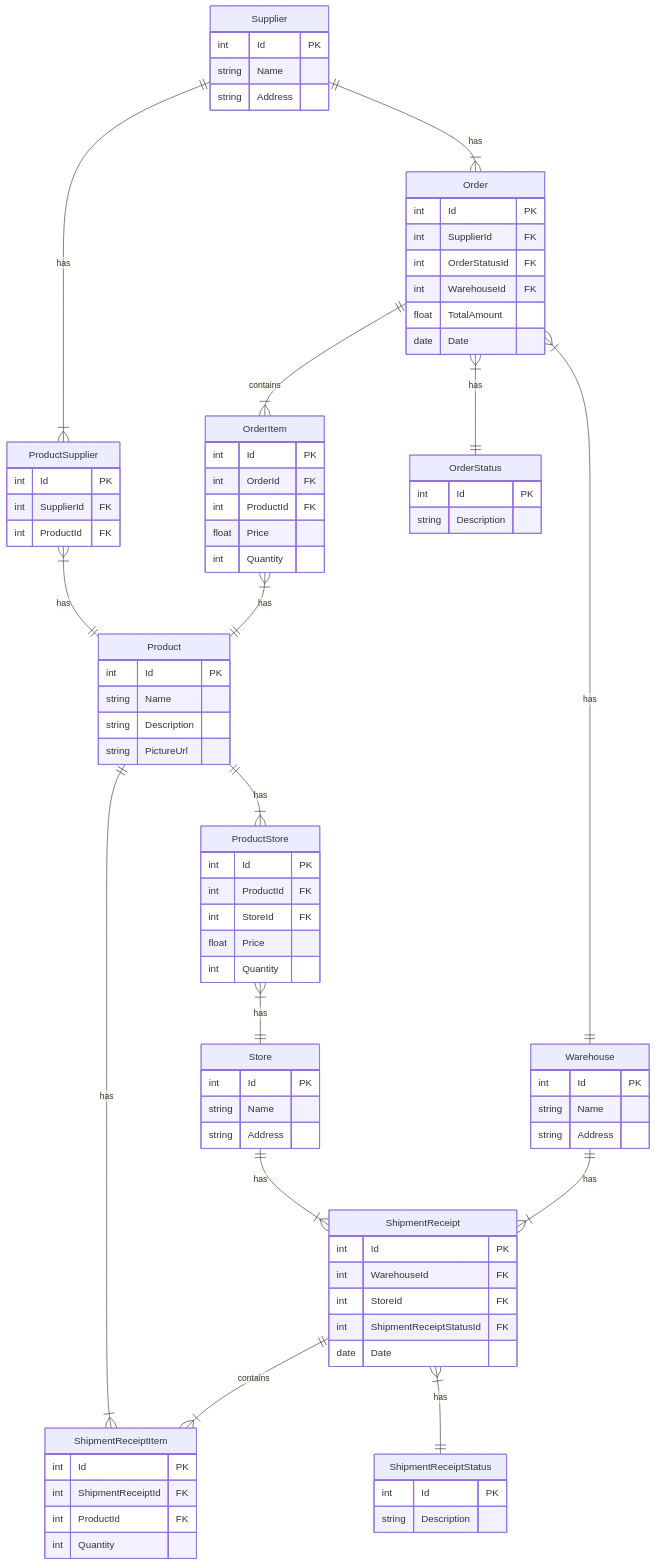
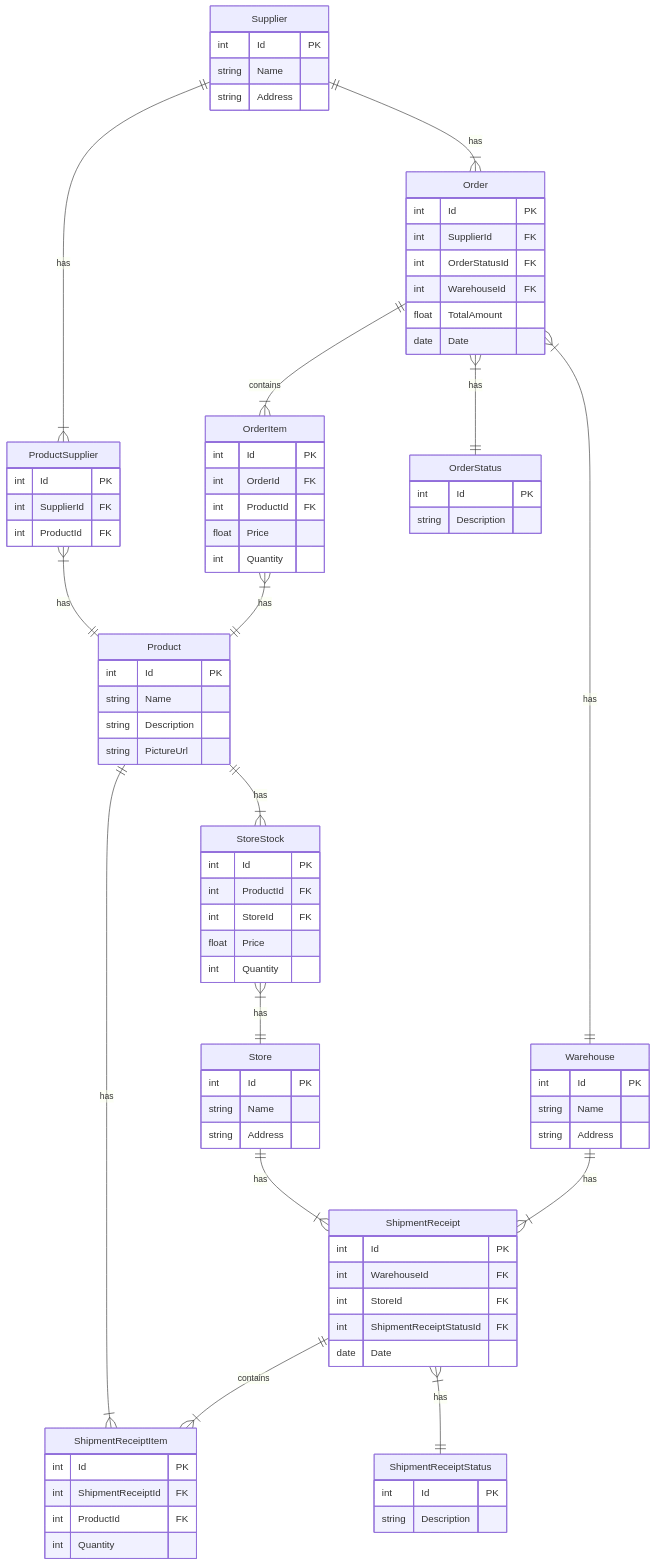
Before and after one commit to zql9000/DeliArg: the diagram in README.md, drawn with Mermaid. The commit also changed other lines of this file, not shown here.

Commit message:
docs: update an entity name and add description for generic repository

```diff
--- a/README.md
+++ b/README.md
@@ -50,8 +51,8 @@
 Warehouse ||--|{ ShipmentReceipt : has
 Product ||--|{ ShipmentReceiptItem : has
 ShipmentReceipt ||--|{ ShipmentReceiptItem : contains
-Product ||--|{ ProductStore : has
-ProductStore }|--|| Store : has
+Product ||--|{ StoreStock : has
+StoreStock }|--|| Store : has
 Store ||--|{ ShipmentReceipt : has
 ShipmentReceipt }|--|| ShipmentReceiptStatus : has
 
@@ -74,7 +75,7 @@
     string PictureUrl
 }
 
-ProductStore {
+StoreStock {
     int Id PK
     int ProductId FK
     int StoreId FK
```
